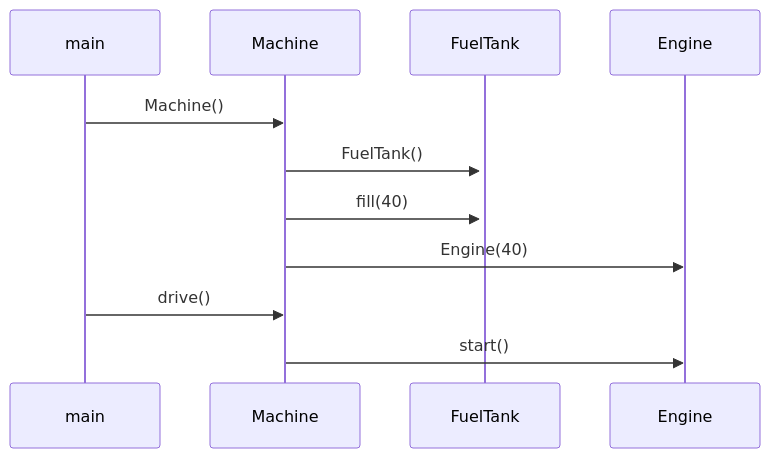
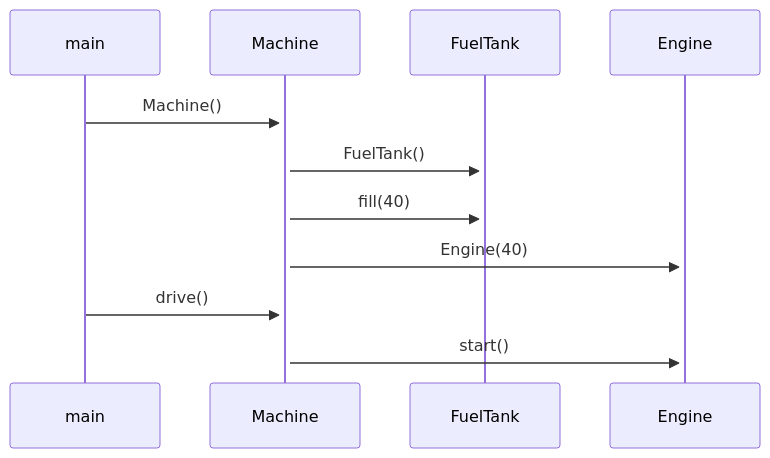
Before and after one commit to lenbie/Expense-Tracker-Project: the diagram in laskarit/viikko3/task3.md, drawn with Mermaid.

`````diff
--- a/laskarit/viikko3/task3.md
+++ b/laskarit/viikko3/task3.md
@@ -1,11 +1,11 @@
 ```mermaid
 
   sequenceDiagram
-    main->>Machine: Machine()
+    main->>+Machine: Machine()
     Machine->>+FuelTank: FuelTank()
     Machine->>FuelTank: fill(40)
-    Machine->>Engine: Engine(40)
+    Machine->>+Engine: Engine(40)
     main->>Machine: drive()
     Machine->>Engine: start()
     
 ````
`````
